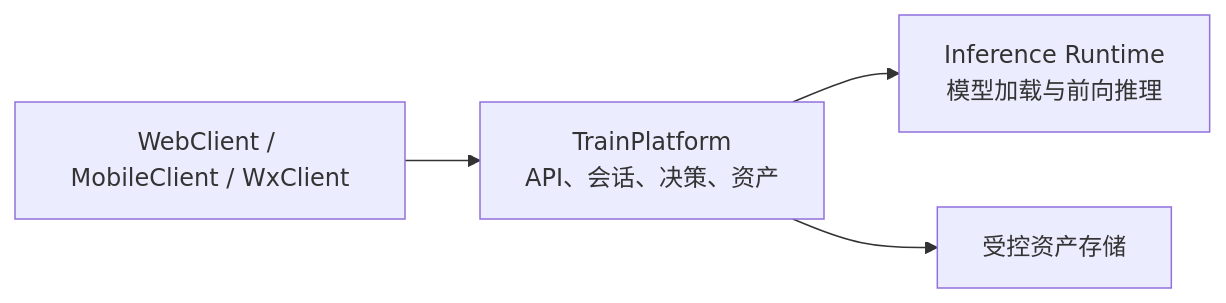
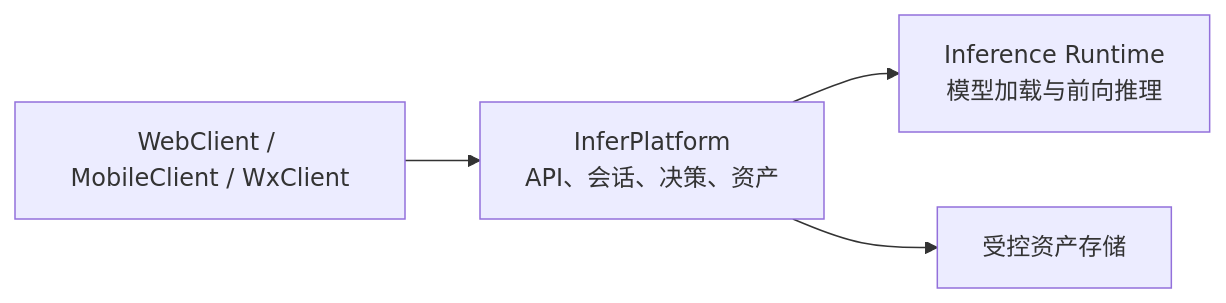
One commit to QingMouFoodDate/ProjectPRD changed the fifth of 6 diagrams in ARCHITECTURE.md. Above: the diagram before and after it, drawn with Mermaid. The commit also changed other lines of this file and 3 other files, not shown here.

````diff
--- a/ARCHITECTURE.md
+++ b/ARCHITECTURE.md
@@ -156,10 +160,10 @@
 ```mermaid
 flowchart LR
     CLIENTS["WebClient / MobileClient / WxClient"]
-    PLATFORM["TrainPlatform<br/>API、会话、决策、资产"]
+    PLATFORM["InferPlatform<br/>API、会话、决策、资产"]
     RUNTIME["Inference Runtime<br/>模型加载与前向推理"]
     STORAGE["受控资产存储"]
     CLIENTS --> PLATFORM
     PLATFORM --> RUNTIME
     PLATFORM --> STORAGE
 ```
````
